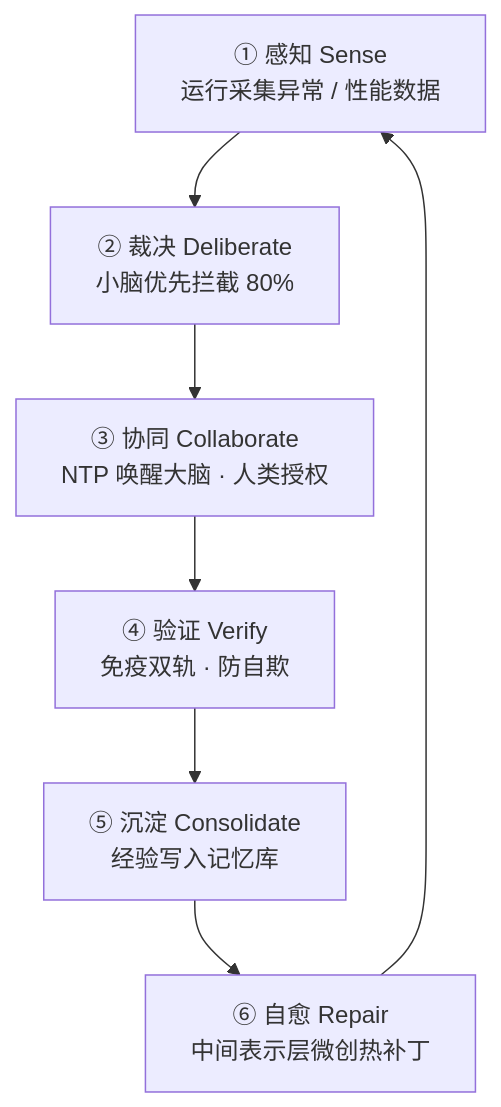
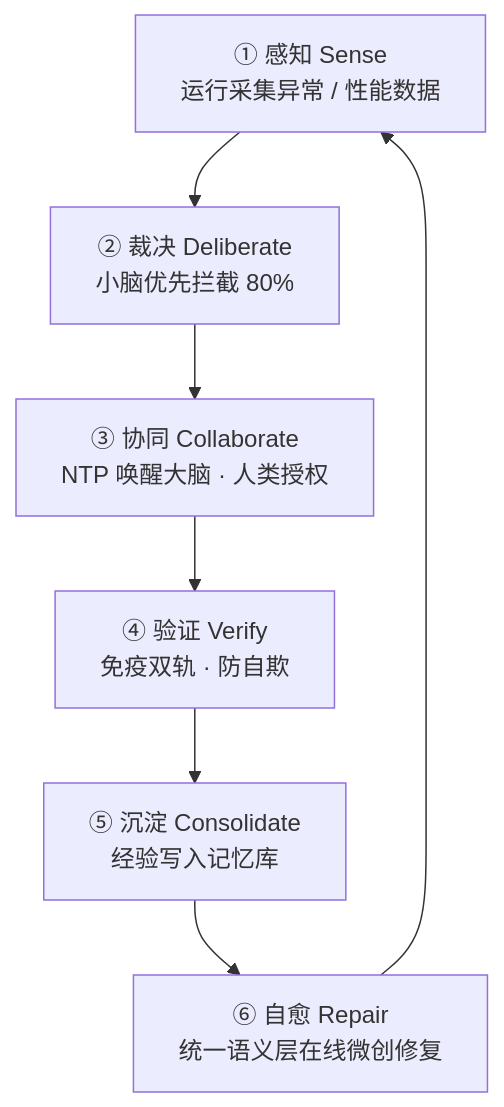
Before and after one commit to pony-029/malabc: the seventh of 13 diagrams in aistandard/ANE规范-AI原生软件生命体工程范式.md, drawn with Mermaid. The commit also changed other lines of this file and 1 other file, not shown here.

````diff
--- a/aistandard/ANE规范-AI原生软件生命体工程范式.md
+++ b/aistandard/ANE规范-AI原生软件生命体工程范式.md
@@ -505,9 +823,9 @@
 ```mermaid
 flowchart TB
     A[① 感知 Sense<br/>运行采集异常 / 性能数据] --> B[② 裁决 Deliberate<br/>小脑优先拦截 80%]
     B --> C[③ 协同 Collaborate<br/>NTP 唤醒大脑 · 人类授权]
     C --> D[④ 验证 Verify<br/>免疫双轨 · 防自欺]
     D --> E[⑤ 沉淀 Consolidate<br/>经验写入记忆库]
-    E --> F[⑥ 自愈 Repair<br/>中间表示层微创热补丁]
+    E --> F[⑥ 自愈 Repair<br/>统一语义层在线微创修复]
     F --> A
 ```
````
